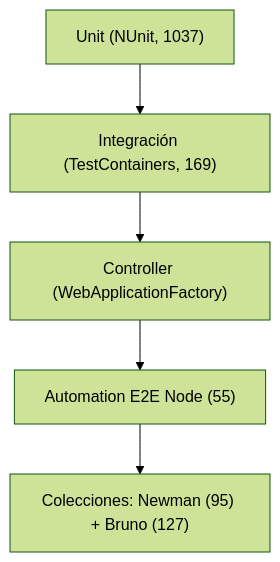
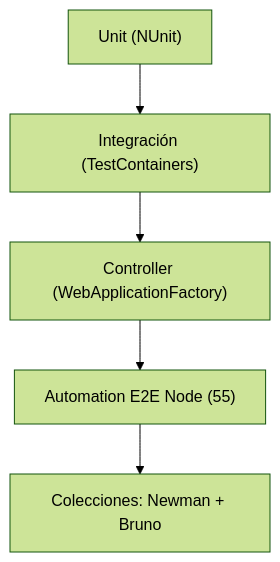
Before and after one commit to joseluisgs/TiendaDawApi-Cqrs-MediatR-NetCore: the tenth of 10 diagrams in doc/26-testing.md, drawn with Mermaid (forest theme). The commit also changed other lines of this file and 4 other files, not shown here.

````diff
--- a/doc/26-testing.md
+++ b/doc/26-testing.md
@@ -2874,7 +2874,7 @@
 ```mermaid
 flowchart TD
-    U["Unit (NUnit, 1037)"] --> I["Integración (TestContainers, 169)"]
+    U["Unit (NUnit)"] --> I["Integración (TestContainers)"]
     I --> C["Controller (WebApplicationFactory)"]
     C --> A["Automation E2E Node (55)"]
-    A --> E["Colecciones: Newman (95) + Bruno (127)"]
+    A --> E["Colecciones: Newman + Bruno"]
 ```
````
